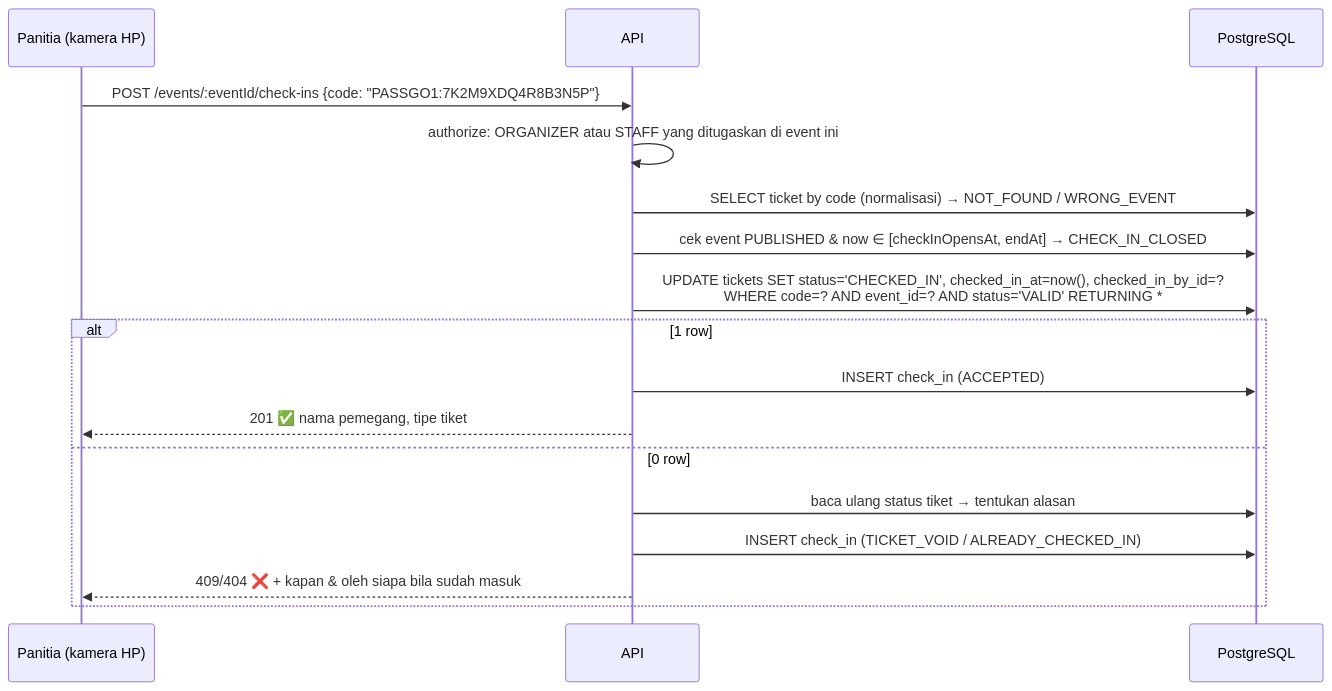
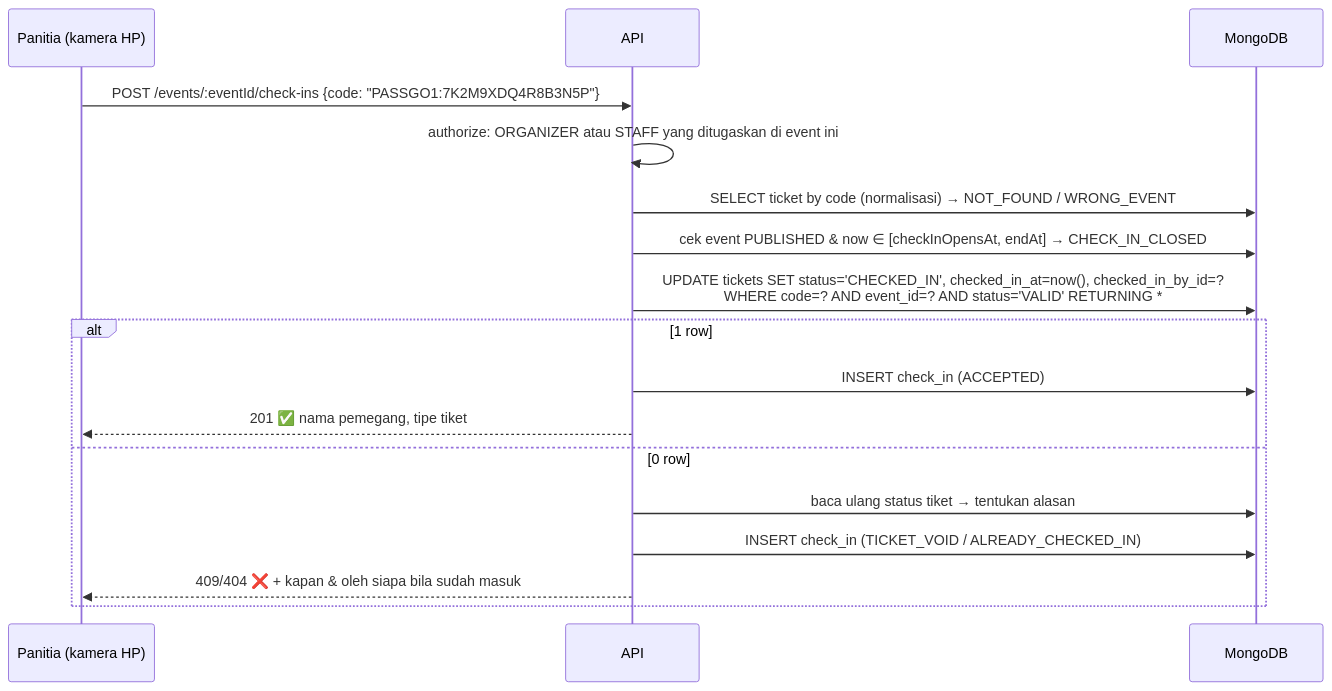
The fifth of 5 diagrams in docs/architecture.md (gadicandra/PassGo), drawn with Mermaid before and after one commit. The commit also changed other lines of this file and 6 other files, not shown here.

Commit message:
refactor(db): Migrate database from PostgreSQL to MongoDB

````diff
--- a/docs/architecture.md
+++ b/docs/architecture.md
@@ -418,19 +414,19 @@
 ```mermaid
 sequenceDiagram
   participant S as Panitia (kamera HP)
   participant A as API
-  participant D as PostgreSQL
+  participant D as MongoDB
   S->>A: POST /events/:eventId/check-ins {code: "PASSGO1:7K2M9XDQ4R8B3N5P"}
   A->>A: authorize: ORGANIZER atau STAFF yang ditugaskan di event ini
   A->>D: SELECT ticket by code (normalisasi) → NOT_FOUND / WRONG_EVENT
   A->>D: cek event PUBLISHED & now ∈ [checkInOpensAt, endAt] → CHECK_IN_CLOSED
   A->>D: UPDATE tickets SET status='CHECKED_IN', checked_in_at=now(), checked_in_by_id=?<br/>WHERE code=? AND event_id=? AND status='VALID' RETURNING *
   alt 1 row
     A->>D: INSERT check_in (ACCEPTED)
     A-->>S: 201 ✅ nama pemegang, tipe tiket
   else 0 row
     A->>D: baca ulang status tiket → tentukan alasan
     A->>D: INSERT check_in (TICKET_VOID / ALREADY_CHECKED_IN)
     A-->>S: 409/404 ❌ + kapan & oleh siapa bila sudah masuk
   end
 ```
````
